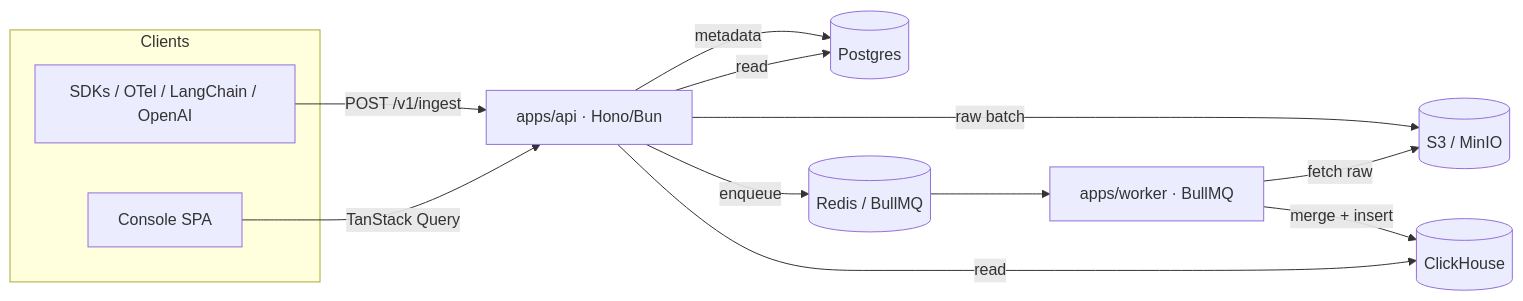
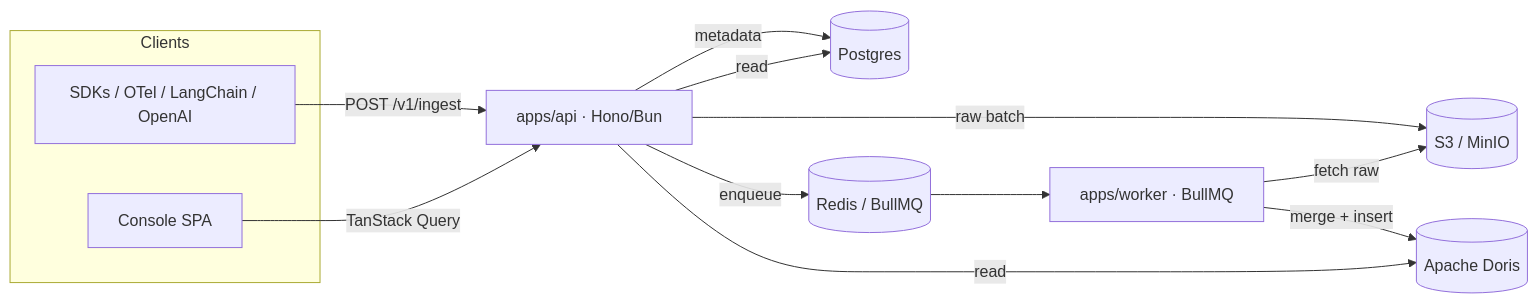
One commit to memoturn/memoturn changed the first of 2 diagrams in docs/architecture.md. Above: the diagram before and after it, drawn with Mermaid. The commit also changed other lines of this file and 41 other files, not shown here.

First line of the commit message:
docs: Apache Doris everywhere — docs, guardrails, skills, agents

````diff
--- a/docs/architecture.md
+++ b/docs/architecture.md
@@ -6,24 +6,24 @@
 ```mermaid
 flowchart LR
   subgraph clients[Clients]
     sdk[SDKs / OTel / LangChain / OpenAI]
     ui[Console SPA]
   end
   api[apps/api · Hono/Bun]
   worker[apps/worker · BullMQ]
   pg[(Postgres)]
-  ch[(ClickHouse)]
+  ch[(Apache Doris)]
   redis[(Redis / BullMQ)]
   blob[(S3 / MinIO)]
 
   sdk -- POST /v1/ingest --> api
   ui -- TanStack Query --> api
   api -- raw batch --> blob
   api -- enqueue --> redis
   api -- metadata --> pg
   redis --> worker
   worker -- fetch raw --> blob
   worker -- merge + insert --> ch
   api -- read --> ch
   api -- read --> pg
 ```
````
